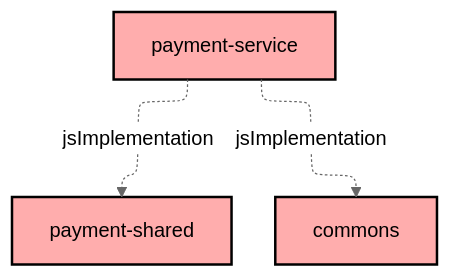
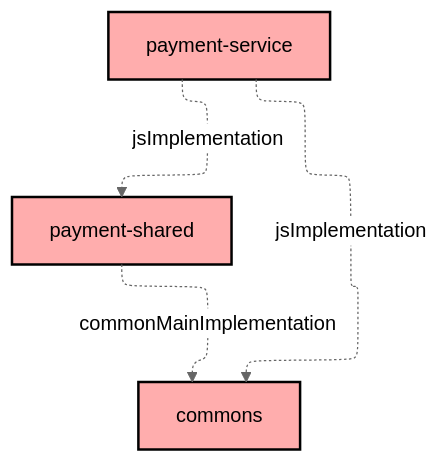
The diagram in payment-service/README.md (Norby99/munchies), drawn with Mermaid (neutral theme) before and after one commit. The commit also changed 9 other files, not shown here.

Commit message:
refactor: shared depends on commons

````diff
--- a/payment-service/README.md
+++ b/payment-service/README.md
@@ -6,17 +6,18 @@
 ```mermaid
 ---
 config:
   layout: elk
   elk:
     nodePlacementStrategy: SIMPLE
 ---
 graph TB
   :payment-shared[payment-shared]:::unknown
   :payment-service[payment-service]:::unknown
   :commons[commons]:::unknown
 
   :payment-service -.->|jsImplementation| :commons
   :payment-service -.->|jsImplementation| :payment-shared
+  :payment-shared -.->|commonMainImplementation| :commons
 
 classDef unknown fill:#FFADAD,stroke:#000,stroke-width:2px,color:#000;
 ```
````
